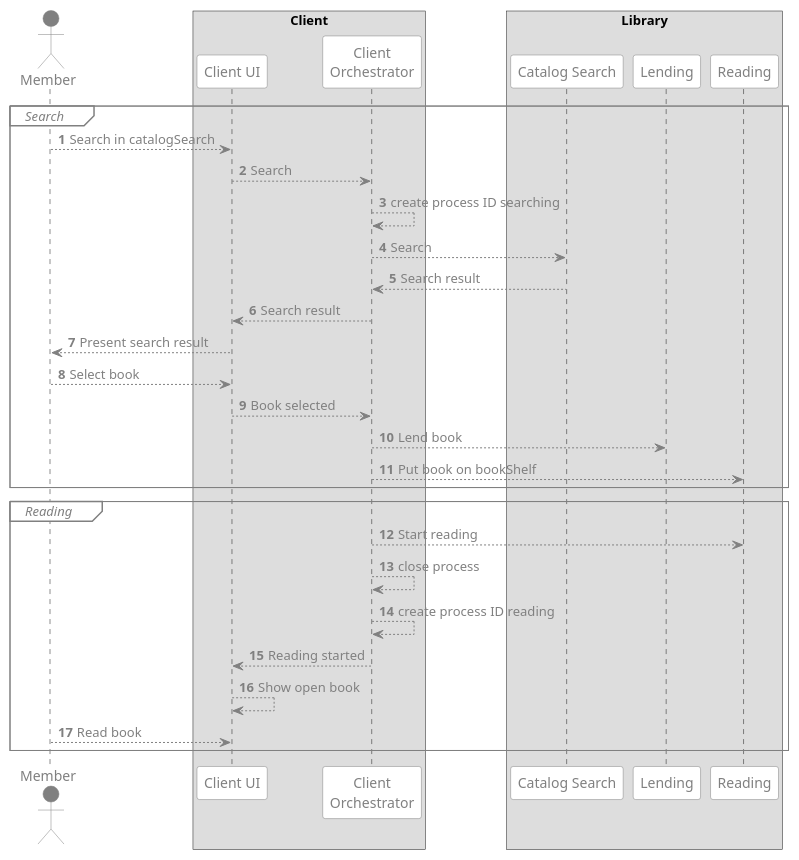
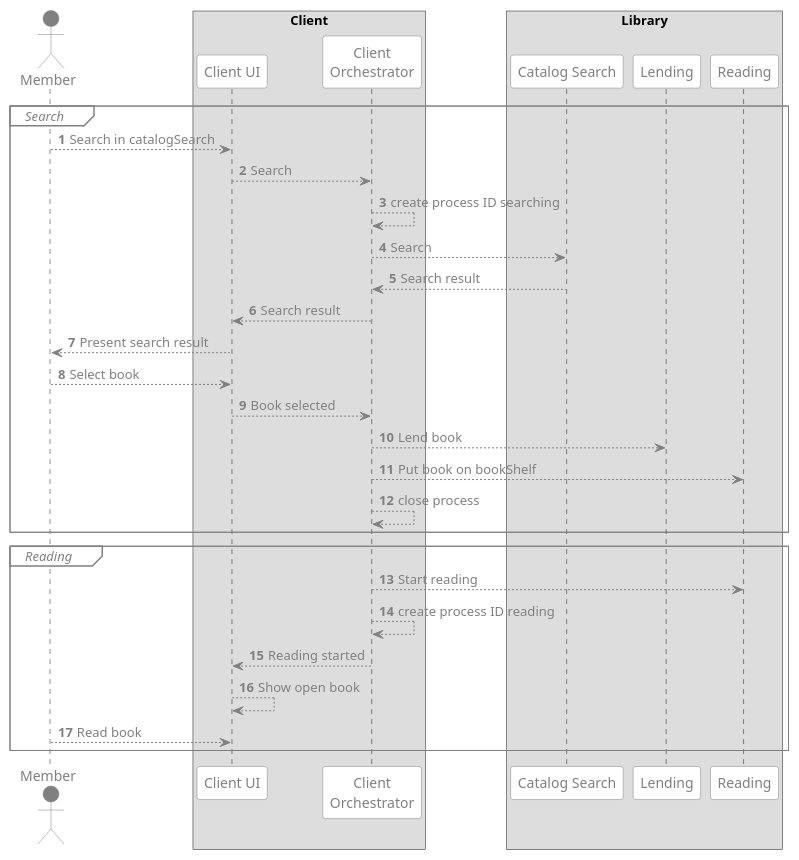
Before and after one commit to Grinseteddy/MasteringDdd: the diagram in TacticalDesign/Library/Orchestrator.puml, drawn with PlantUML. The commit also changed 2 other files, not shown here.

Commit message:
Orchestrator

```diff
--- a/TacticalDesign/Library/Orchestrator.puml
+++ b/TacticalDesign/Library/Orchestrator.puml
@@ -1,77 +1,76 @@
 @startuml
 'https://plantuml.com/sequence-diagram
 
 autonumber
 skinparam arrow {
     fontcolor grey
     color grey
 }
 
 skinparam participant {
     backgroundcolor white
     fontcolor grey
     bordercolor grey
 }
 
 skinparam actor {
     backgroundcolor grey
     fontcolor grey
     bordercolor grey
 }
 
 <style>
 sequenceDiagram {
   group {
     FontStyle italic
     LineThickness 1
     LineColor grey
   }
   groupHeader {
     FontStyle italic
     FontColor grey
     BackGroundColor white
     LineColor grey
   }
 }
 </style>
 
 actor "Member" as member
 
 box Client
 participant "Client UI" as clientUi
 participant "Client\nOrchestrator" as clientOrchestrator
 
 box Library
 participant "Catalog Search" as catalogSearch
 participant "Lending" as lending
 participant "Reading" as reading
 
 group Search
 member --> clientUi : Search in catalogSearch
 clientUi --> clientOrchestrator : Search
 clientOrchestrator --> clientOrchestrator : create process ID searching
 clientOrchestrator --> catalogSearch : Search
 
 catalogSearch --> clientOrchestrator : Search result
 clientOrchestrator --> clientUi : Search result
 clientUi --> member : Present search result
 
 member --> clientUi : Select book
 clientUi --> clientOrchestrator : Book selected
 clientOrchestrator --> lending : Lend book
 clientOrchestrator --> reading : Put book on bookShelf
+clientOrchestrator --> clientOrchestrator: close process
 end group
 group Reading
 clientOrchestrator --> reading : Start reading
-clientOrchestrator --> clientOrchestrator: close process
 clientOrchestrator --> clientOrchestrator: create process ID reading
-
 clientOrchestrator --> clientUi : Reading started
 clientUi --> clientUi : Show open book
 member --> clientUi : Read book
 end group
 
 
 
 
 @enduml
```
